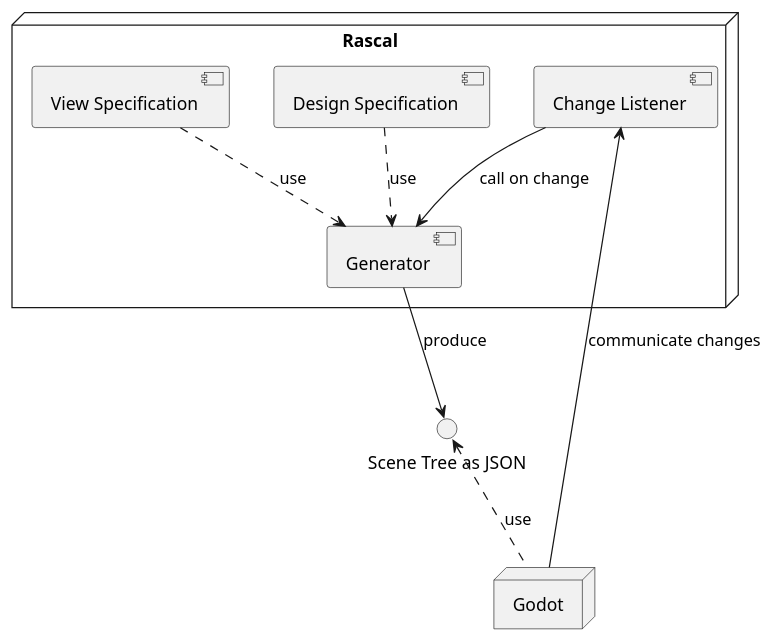
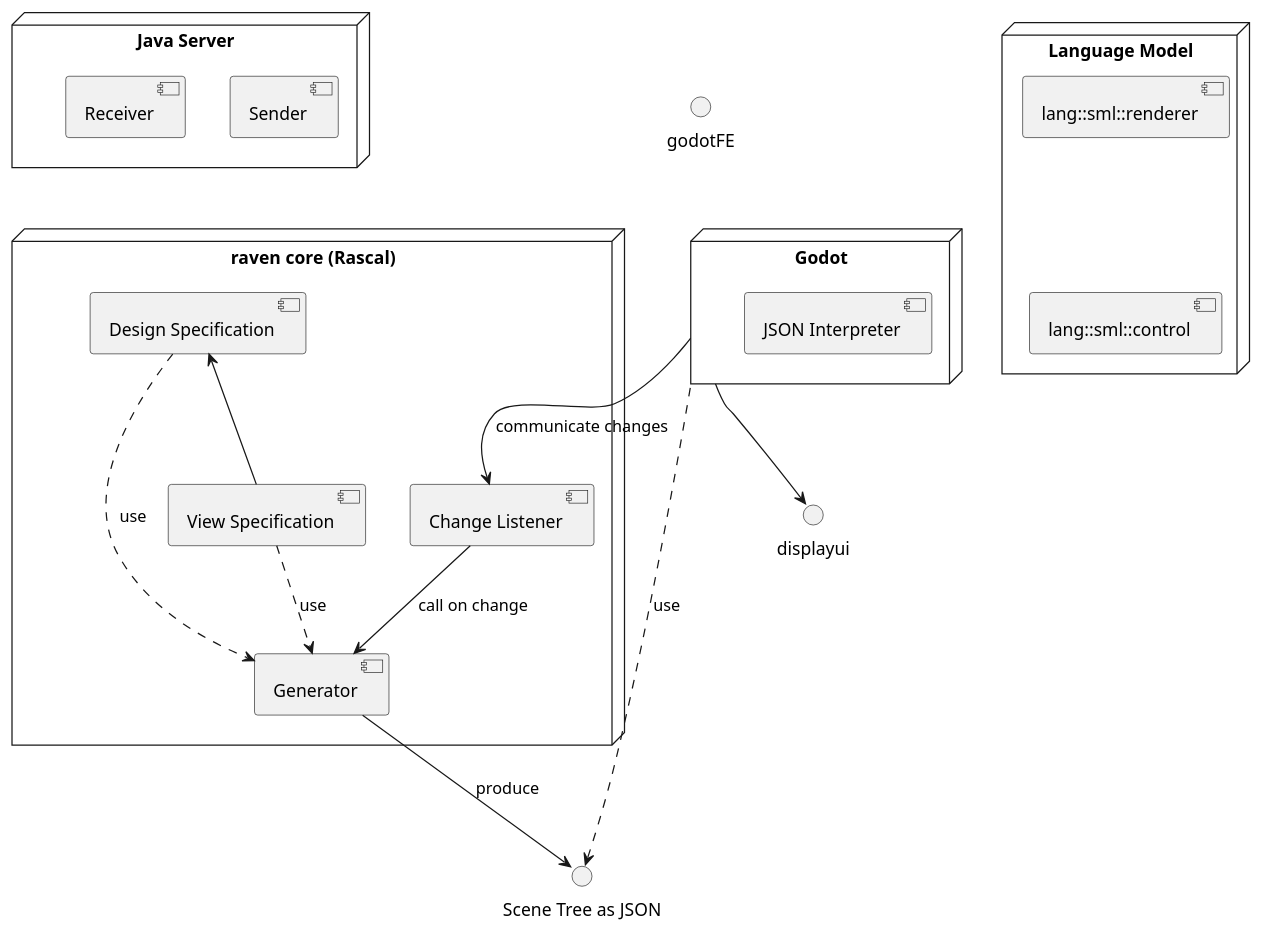
Before and after one commit to liza-kl/raven-project: the diagram in raven-docs/diagrams/deployment.puml, drawn with PlantUML. The commit also changed 1 other file, not shown here.

Commit message:
docs(raven-docs): play around with plantuml

```diff
--- a/raven-docs/diagrams/deployment.puml
+++ b/raven-docs/diagrams/deployment.puml
@@ -1,27 +1,51 @@
 @startuml
-node Rascal as n1 {
+
+node "Language Model" as langmodel {
+    component "lang::sml::renderer"
+    component "lang::sml::control"
+}
+
+"lang::sml::renderer" -[hidden]-> "lang::sml::control"
+
+node "raven core (Rascal)" as rascal {
     component "Design Specification" as ds {
 
     }
     component "View Specification" as vs {
 
         }
     component "Change Listener" as listener
 
     component "Generator" as gen
 
 }
 
 interface "Scene Tree as JSON" as json
 
+node "Java Server" as java {
+component "Sender"
+component "Receiver"
+}
 
-node Godot as godot
+node "Godot" as godotBE {
+component "Sender"
+component "Receiver"
+component "JSON Interpreter"
+}
 
-json <.. godot :use
+
+java -[hidden]-> rascal
+json <.. godotBE :use
+godotFE -[hidden]-> godotBE
 ds ..> gen :use
+ vs -u-> ds
+
+godotBE --> displayui
+
+
 vs ..> gen :use
 gen --> json :produce
-godot --> listener: communicate changes
+godotBE --> listener: communicate changes
 listener --> gen :call on change
 
 @enduml
```
